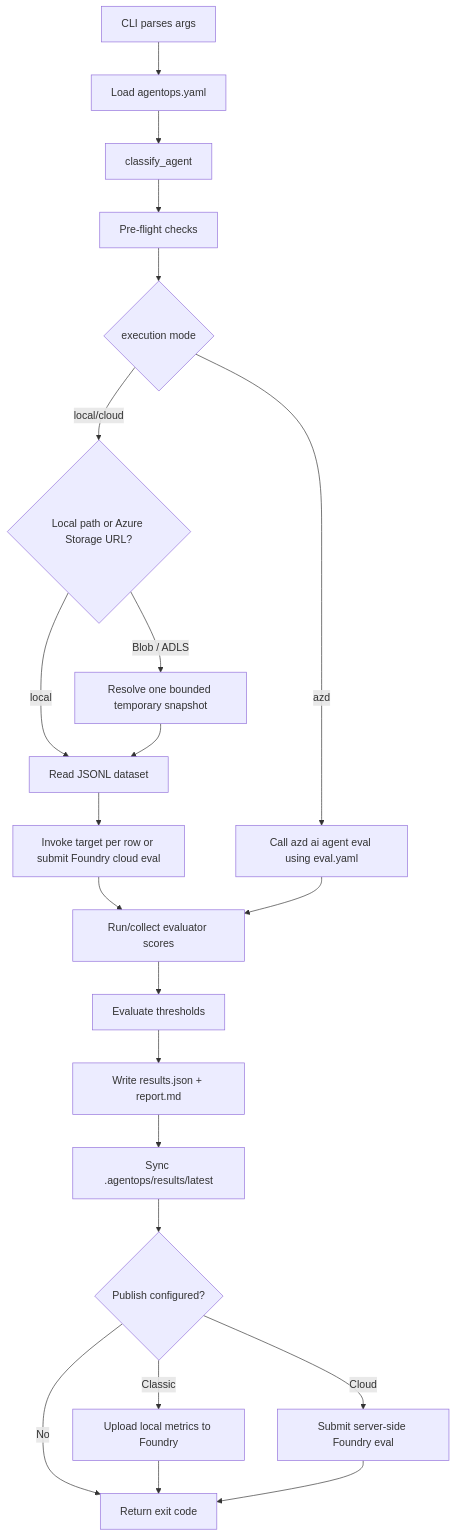
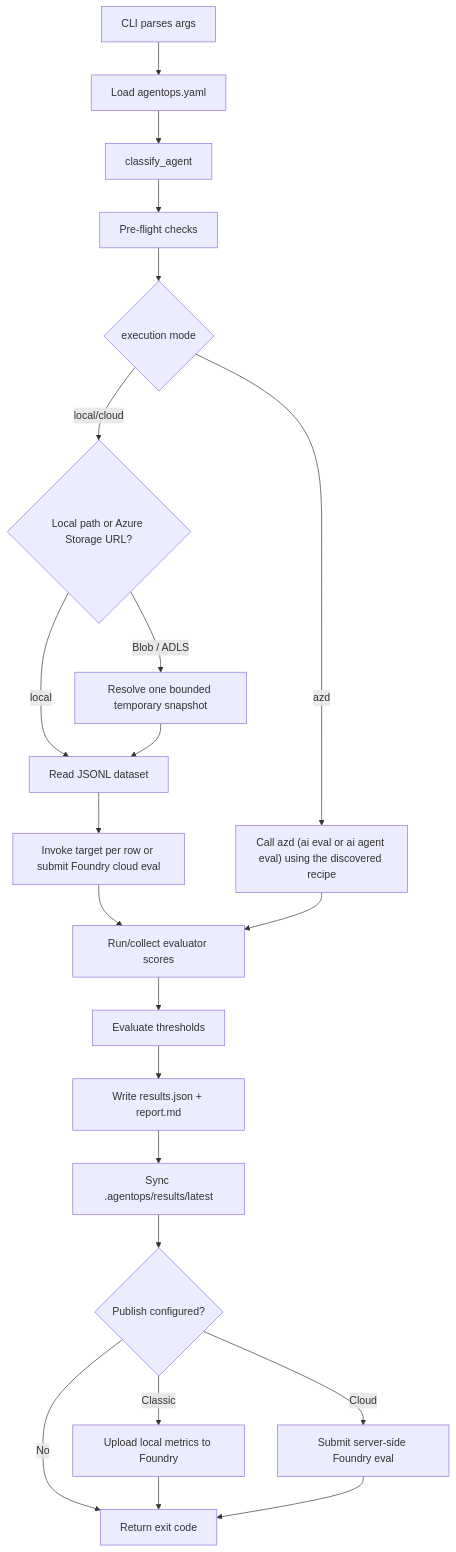
The second of 4 diagrams in docs/how-it-works.md (Azure/agentops), drawn with Mermaid before and after one commit. The commit also changed other lines of this file and 27 other files, not shown here.

First line of the commit message:
feat(eval): support the current azd ai eval command surface (#485)

````diff
--- a/docs/how-it-works.md
+++ b/docs/how-it-works.md
@@ -141,24 +141,24 @@
 ```mermaid
 flowchart TD
     A["CLI parses args"] --> B["Load agentops.yaml"]
     B --> C["classify_agent"]
     C --> D["Pre-flight checks"]
     D --> E{"execution mode"}
     E -->|local/cloud| DS{"Local path or Azure Storage URL?"}
     DS -->|local| F["Read JSONL dataset"]
     DS -->|Blob / ADLS| RS["Resolve one bounded temporary snapshot"]
     RS --> F
     F --> G["Invoke target per row or submit Foundry cloud eval"]
     G --> H["Run/collect evaluator scores"]
-    E -->|azd| AZD["Call azd ai agent eval using eval.yaml"]
+    E -->|azd| AZD["Call azd (ai eval or ai agent eval) using the discovered recipe"]
     AZD --> H
     H --> I["Evaluate thresholds"]
     I --> J["Write results.json + report.md"]
     J --> K["Sync .agentops/results/latest"]
     K --> L{"Publish configured?"}
     L -->|Classic| M["Upload local metrics to Foundry"]
     L -->|Cloud| N["Submit server-side Foundry eval"]
     L -->|No| O["Return exit code"]
     M --> O
     N --> O
 ```
````
